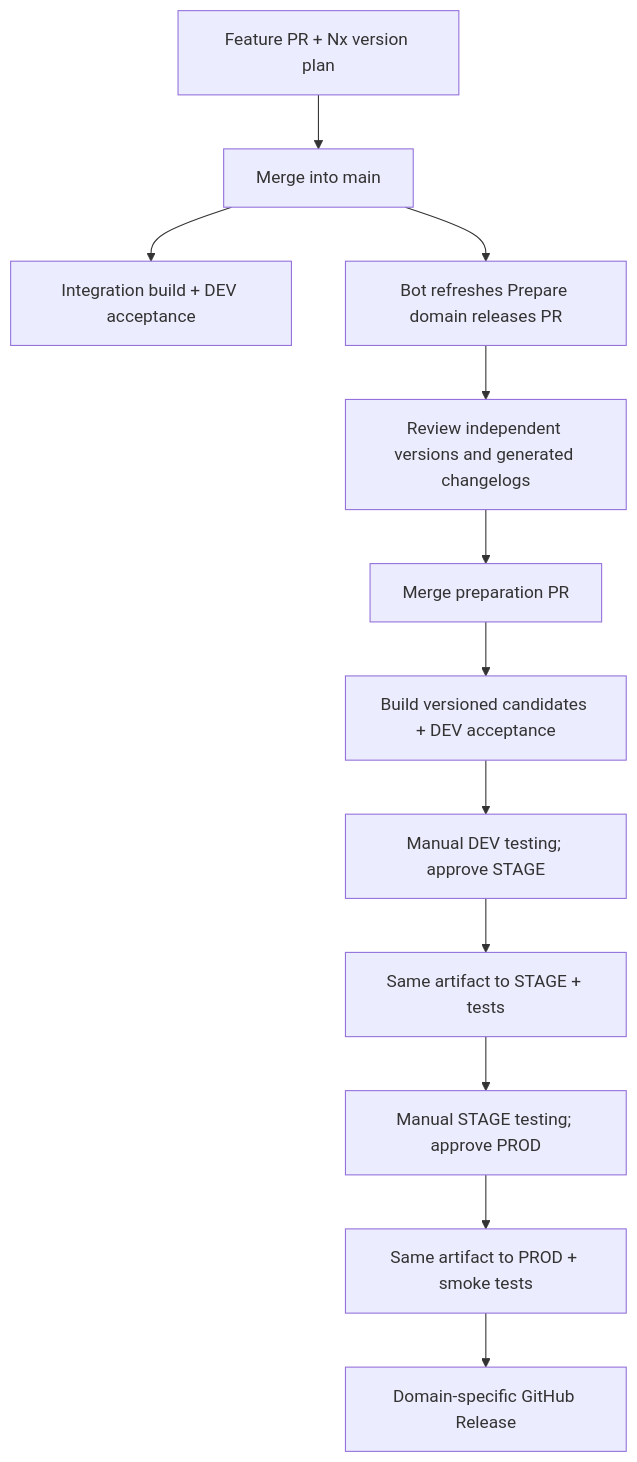
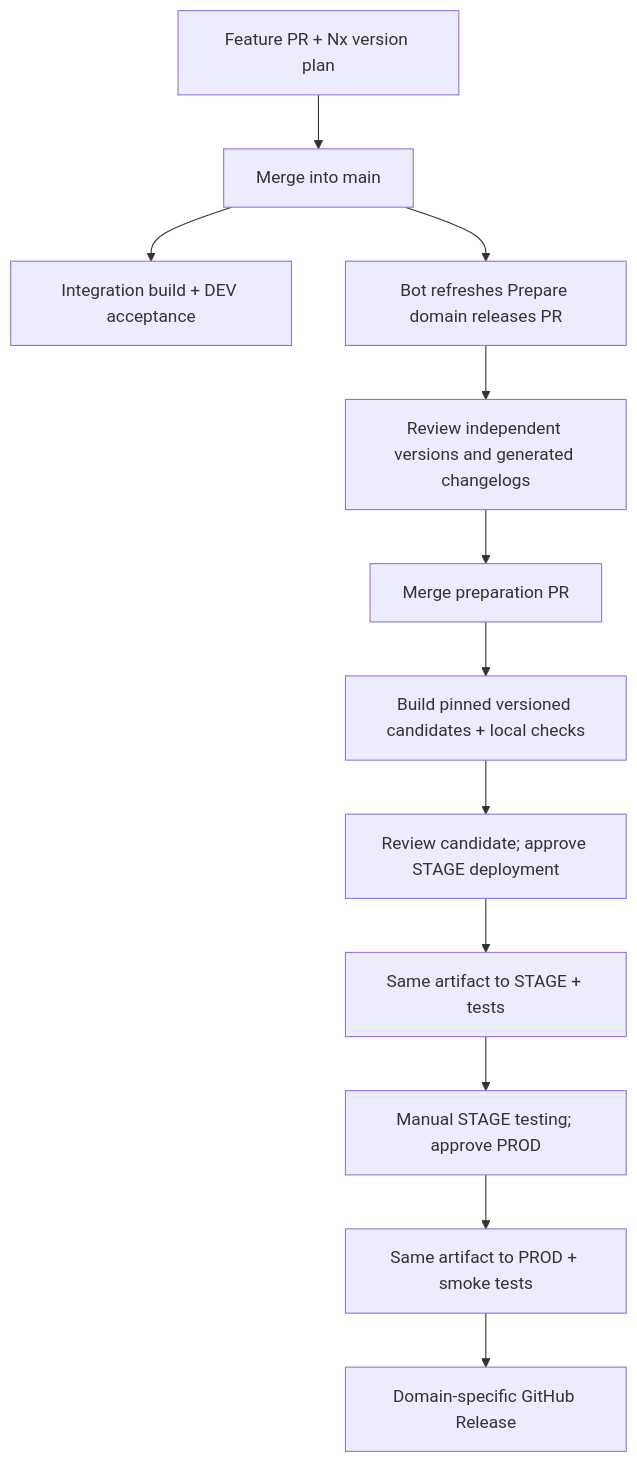
Before and after one commit to janodetzel/changesets-demo: the diagram in README.md, drawn with Mermaid. The commit also changed other lines of this file and 5 other files, not shown here.

Commit message:
Separate DEV integration from versioned release promotion (#24)

````diff
--- a/README.md
+++ b/README.md
@@ -26,14 +26,14 @@
 ```mermaid
 flowchart TD
   FEATURE[Feature PR + Nx version plan] --> MAIN[Merge into main]
   MAIN --> DEV[Integration build + DEV acceptance]
   MAIN --> PREP[Bot refreshes Prepare domain releases PR]
   PREP --> REVIEW[Review independent versions and generated changelogs]
   REVIEW --> MERGE[Merge preparation PR]
-  MERGE --> BUILD[Build versioned candidates + DEV acceptance]
-  BUILD --> SAPP[Manual DEV testing; approve STAGE]
+  MERGE --> BUILD[Build pinned versioned candidates + local checks]
+  BUILD --> SAPP[Review candidate; approve STAGE deployment]
   SAPP --> STAGE[Same artifact to STAGE + tests]
   STAGE --> PAPP[Manual STAGE testing; approve PROD]
   PAPP --> PROD[Same artifact to PROD + smoke tests]
   PROD --> RECORD[Domain-specific GitHub Release]
 ```
````
